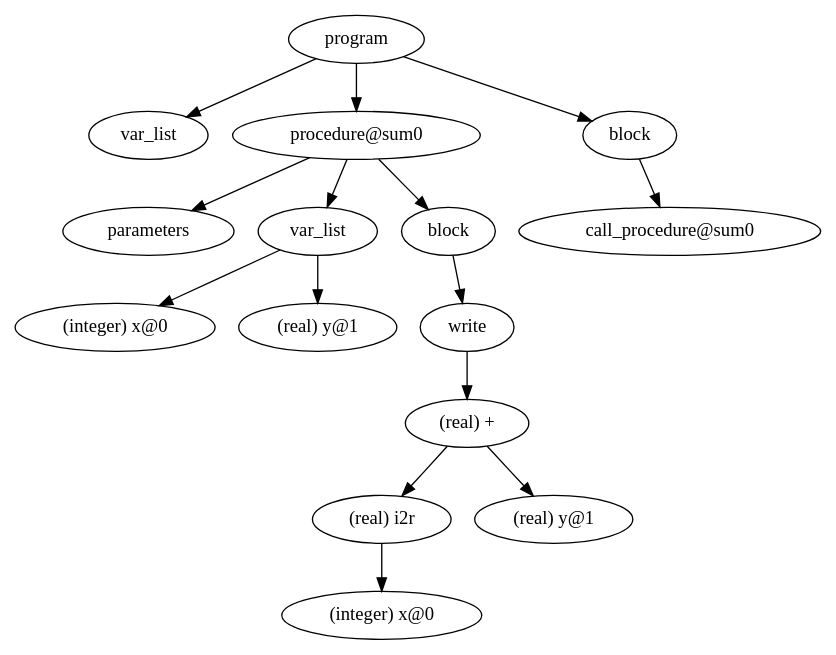
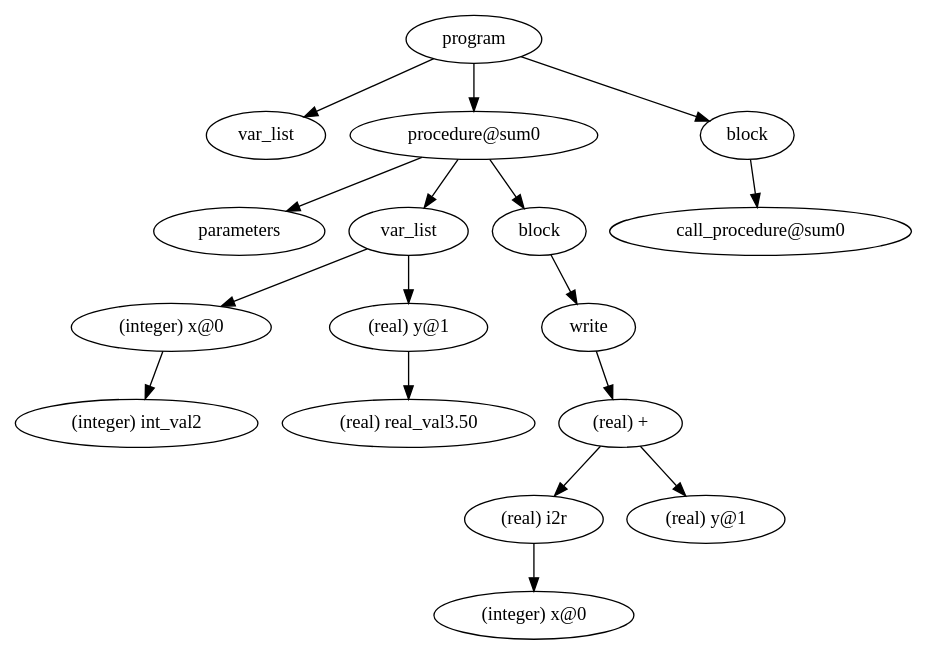
The diagram in out/procedure/proc_ex2.dot (Juliana-Repossi/Compilador-Pascal-MIPS), drawn with Graphviz before and after one commit. The commit also changed 134 other files, not shown here.

```diff
--- a/out/procedure/proc_ex2.dot
+++ b/out/procedure/proc_ex2.dot
@@ -1,32 +1,36 @@
 digraph {
 graph [ordering="out"];
 node0[label="program"];
 node1[label="var_list"];
 node0 -> node1;
 node2[label="procedure@sum0"];
 node3[label="parameters"];
 node2 -> node3;
 node4[label="var_list"];
 node5[label="(integer) x@0"];
+node6[label="(integer) int_val2"];
+node5 -> node6;
 node4 -> node5;
-node6[label="(real) y@1"];
-node4 -> node6;
+node7[label="(real) y@1"];
+node8[label="(real) real_val3.50"];
+node7 -> node8;
+node4 -> node7;
 node2 -> node4;
-node7[label="block"];
-node8[label="write"];
-node9[label="(real) +"];
-node10[label="(real) i2r"];
-node11[label="(integer) x@0"];
+node9[label="block"];
+node10[label="write"];
+node11[label="(real) +"];
+node12[label="(real) i2r"];
+node13[label="(integer) x@0"];
+node12 -> node13;
+node11 -> node12;
+node14[label="(real) y@1"];
+node11 -> node14;
 node10 -> node11;
 node9 -> node10;
-node12[label="(real) y@1"];
-node9 -> node12;
-node8 -> node9;
-node7 -> node8;
-node2 -> node7;
+node2 -> node9;
 node0 -> node2;
-node13[label="block"];
-node14[label="call_procedure@sum0"];
-node13 -> node14;
-node0 -> node13;
+node15[label="block"];
+node16[label="call_procedure@sum0"];
+node15 -> node16;
+node0 -> node15;
 }
```
